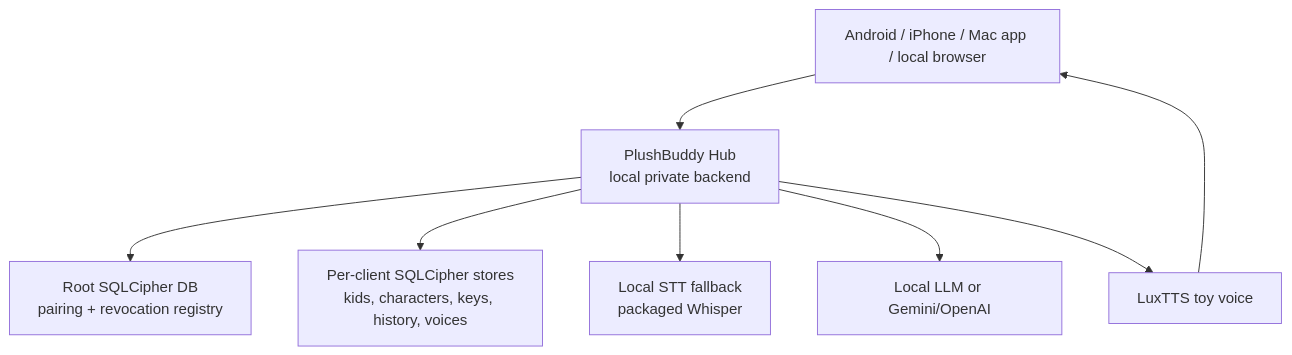
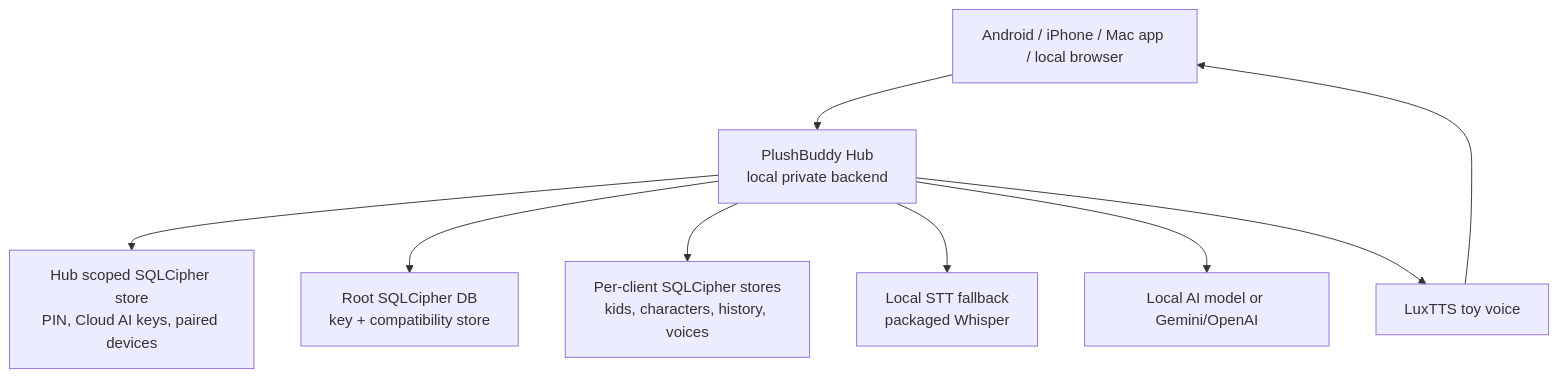
The diagram in README.md (palwe-prafulla/plushpal), drawn with Mermaid before and after one commit. The commit also changed other lines of this file and 103 other files, not shown here.

````diff
--- a/README.md
+++ b/README.md
@@ -77,10 +88,11 @@
 ```mermaid
 flowchart TB
     Clients["Android / iPhone / Mac app / local browser"] --> Hub["PlushBuddy Hub<br/>local private backend"]
-    Hub --> Registry["Root SQLCipher DB<br/>pairing + revocation registry"]
-    Hub --> ClientDB["Per-client SQLCipher stores<br/>kids, characters, keys, history, voices"]
+    Hub --> HubDB["Hub scoped SQLCipher store<br/>PIN, Cloud AI keys, paired devices"]
+    Hub --> Registry["Root SQLCipher DB<br/>key + compatibility store"]
+    Hub --> ClientDB["Per-client SQLCipher stores<br/>kids, characters, history, voices"]
     Hub --> STT["Local STT fallback<br/>packaged Whisper"]
-    Hub --> LLM["Local LLM or Gemini/OpenAI"]
+    Hub --> AI["Local AI model or Gemini/OpenAI"]
     Hub --> TTS["LuxTTS toy voice"]
     TTS --> Clients
 ```
````
